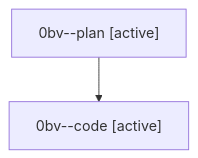
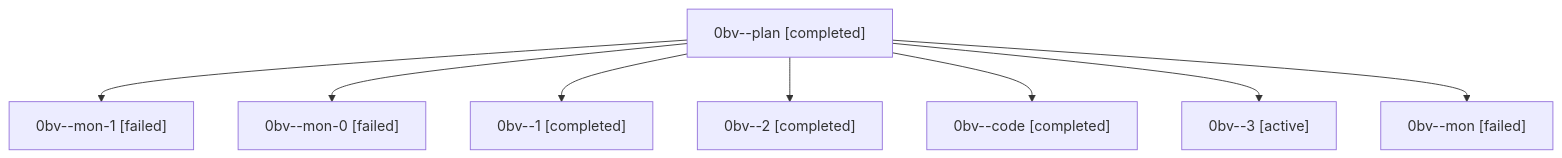
The diagram in families/bbugyi200.athena.0bv.md (sase-org/sase--agents), drawn with Mermaid before and after one commit. The commit also changed other lines of this file and 79 other files, not shown here.

````diff
--- a/families/bbugyi200.athena.0bv.md
+++ b/families/bbugyi200.athena.0bv.md
@@ -9,6 +9,18 @@
 ```mermaid
 flowchart TD
-  n0["0bv--plan [active]"]
-  n1["0bv--code [active]"]
+  n0["0bv--plan [completed]"]
+  n1["0bv--mon-1 [failed]"]
   n0 --> n1
+  n2["0bv--mon-0 [failed]"]
+  n0 --> n2
+  n3["0bv--1 [completed]"]
+  n0 --> n3
+  n4["0bv--2 [completed]"]
+  n0 --> n4
+  n5["0bv--code [completed]"]
+  n0 --> n5
+  n6["0bv--3 [active]"]
+  n0 --> n6
+  n7["0bv--mon [failed]"]
+  n0 --> n7
 ```
````
